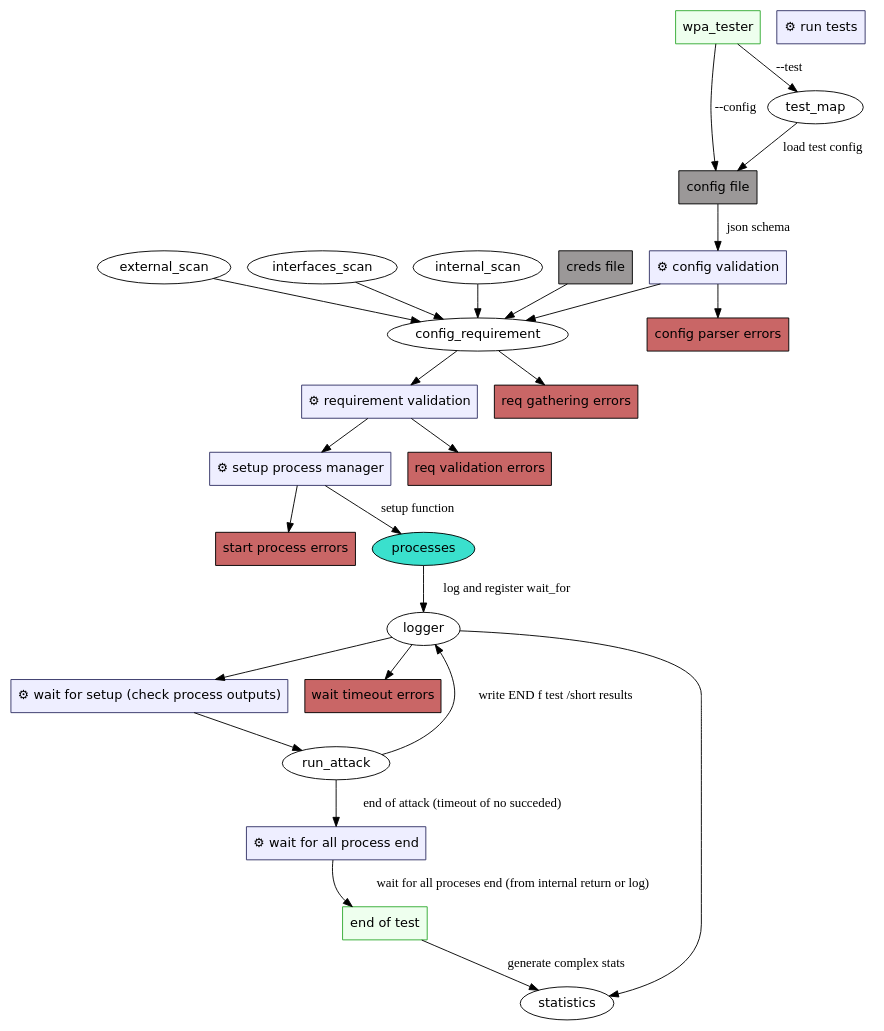
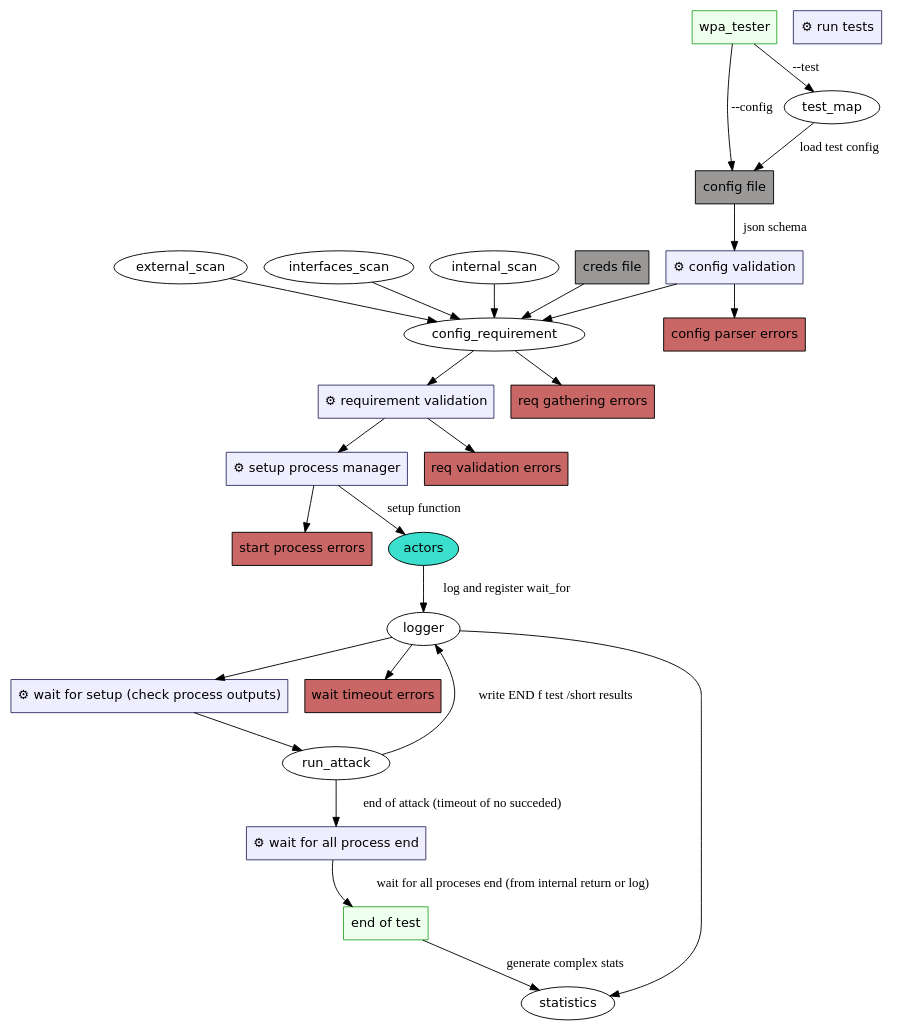
The diagram in doc/config/one_test.dot (Omelug/wpa3_tester), drawn with Graphviz before and after one commit. The commit also changed 14 other files, not shown here.

```diff
--- a/doc/config/one_test.dot
+++ b/doc/config/one_test.dot
@@ -1,112 +1,112 @@
 digraph {
     //rankdir=LR;
     node [fontname="DejaVu Sans"];
 
     { // processes
         node [
             shape=rectangle,
             style=filled,
             fillcolor="#EEEEFF",
             color="#333366",
             label="⚙ settings",
         ];
         config_validation[label="⚙ config validation"];
         req_validation[label="⚙ requirement validation"];
         start_processes[label="⚙ setup process manager"];
         wait_for_setup[label="⚙ wait for setup (check process outputs)"];
         run_tests[label="⚙ run tests"];
         wait_for_all_process_end[label="⚙ wait for all process end"];
     }
     { // errors
         node [
             shape=rectangle,
             style=filled,
             fillcolor="#c96666",
             label="error",
         ];
         parser_error[label="config parser errors"];
         req_gather_error[label="req gathering errors"];
         req_val_error[label="req validation errors"];
         start_process_error[label="start process errors"];
         wait_process_error[label="wait timeout errors"];
     }
     { // files
         node [
             shape=rectangle,
             style=filled,
             fillcolor="#9b9898",
             label="file",
         ];
         creds[label="creds file"];
         configfile[label="config file"];
 
     }
 
     // start
     wpa_tester[
         shape=rectangle,
         color="#33aa33",
         style=filled,
         fillcolor="#eeffee",
         label="wpa_tester"
     ];
 
     wpa_tester -> configfile [label="--config"];
     wpa_tester -> test_map[label="--test"];
     test_map -> configfile [label="load test config"];
 
     configfile -> config_validation [label="json schema"];
     config_validation -> parser_error;
 
 
     config_validation ->config_requirement;
     creds ->config_requirement;
 
     external_scan ->config_requirement;
     interfaces_scan ->config_requirement;
     internal_scan ->config_requirement;
     config_requirement -> req_gather_error;
 
     config_requirement -> req_validation;
     req_validation -> req_val_error;
 
     req_validation->start_processes;
     start_processes -> start_process_error;
 
      { // example processes
         node [
             style=filled,
             fillcolor="#3ae0cd",
             label="file",
         ];
-        example_process_1[label="processes"];
+        actors[label="actors"];
     }
-    start_processes -> example_process_1[label="setup function"];
-    example_process_1 -> log[label="log and register wait_for "];
+    start_processes -> actors[label="setup function"];
+    actors -> log[label="log and register wait_for "];
 
     { //log
         node [
             style=filled,
             fillcolor="#6ea4d3",
             label="log",
         ];
         log[label="logger"];
     }
     log -> wait_process_error;
     log -> wait_for_setup;
 
 
     wait_for_setup -> run_attack;
     run_attack ->wait_for_all_process_end[label="end of attack (timeout of no succeded)"];
     run_attack -> log [label="write END f test /short results"];
     wait_for_all_process_end -> end_of_test[label="wait for all proceses end (from internal return or log)"];
     end_of_test[
         shape=rectangle,
         color="#33aa33",
         style=filled,
         fillcolor="#eeffee",
         label="end of test"
     ];
-    end_of_test -> statistics[label="generate complex stats "];
+    end_of_test -> statistics[label="generate complex stats"];
     log -> statistics;
 }
```
